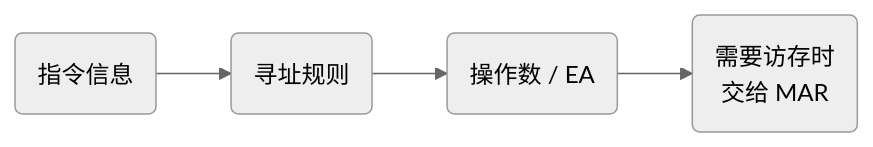
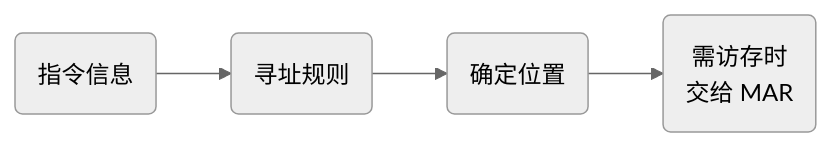
Before and after one commit to 74262195/system-architect-notes: the diagram in 01_综合知识/01_计算机基础知识/01_计算机组成与体系结构/指令寻址方式.md, drawn with Mermaid (neutral theme). The commit also changed other lines of this file, not shown here.

```diff
--- a/01_综合知识/01_计算机基础知识/01_计算机组成与体系结构/指令寻址方式.md
+++ b/01_综合知识/01_计算机基础知识/01_计算机组成与体系结构/指令寻址方式.md
@@ -48,6 +46,6 @@
 ~~~mermaid
 flowchart LR
     I("指令信息") --> R("寻址规则")
-    R --> E("操作数 / EA")
-    E --> M("需要访存时<br/>交给 MAR")
+    R --> E("确定位置")
+    E --> M("需访存时<br/>交给 MAR")
 ~~~
```
